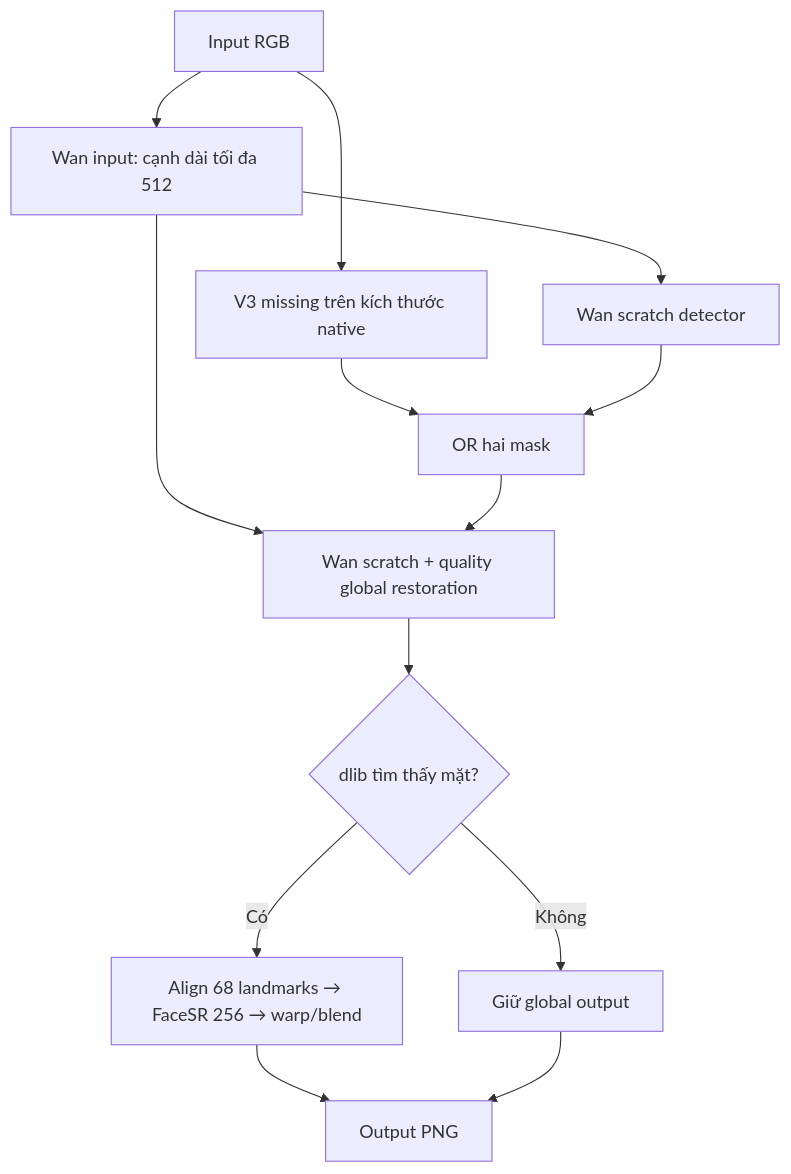
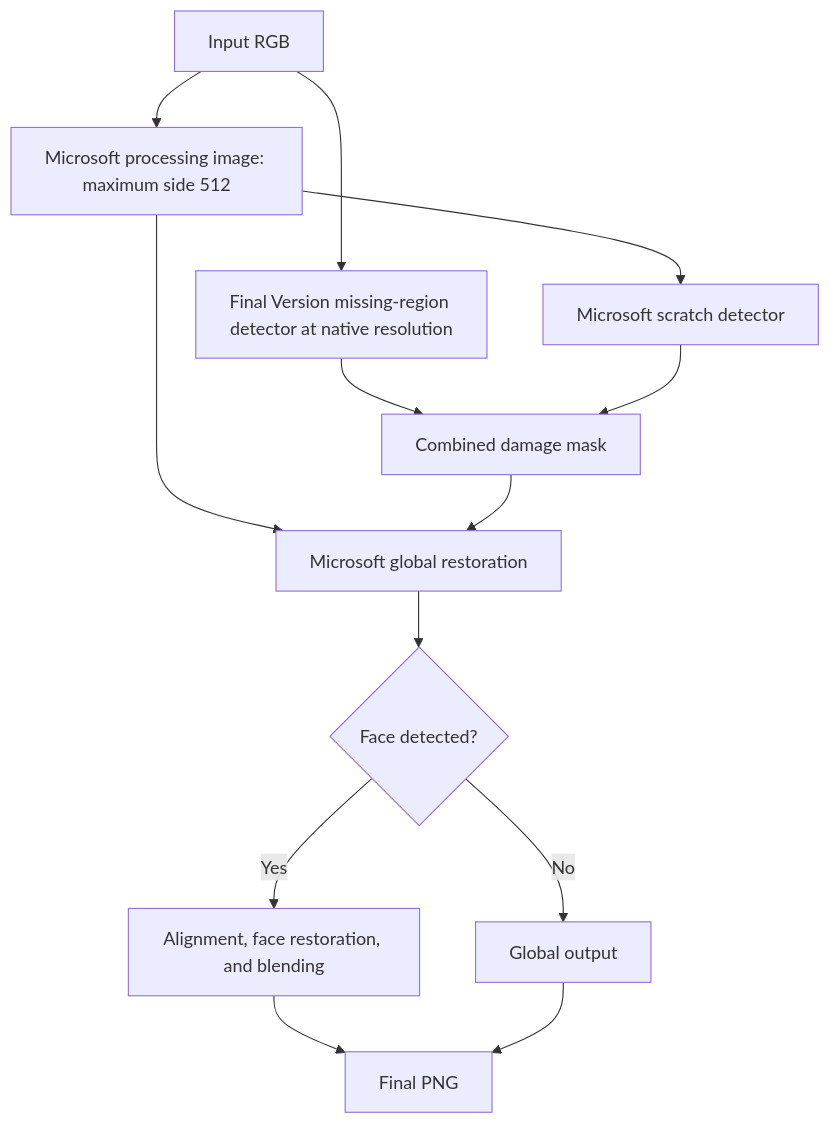
One commit to minhphi2508/DL2026_Group34_Project21 changed the diagram in README.md. Above: the diagram before and after it, drawn with Mermaid. The commit also changed other lines of this file and 74 other files, not shown here.

````diff
--- a/README.md
+++ b/README.md
@@ -69,15 +63,15 @@
 ```mermaid
 flowchart TD
-  A[Input RGB] --> B[Wan input: cạnh dài tối đa 512]
-  A --> C[V3 missing trên kích thước native]
-  B --> D[Wan scratch detector]
-  C --> E[OR hai mask]
+  A[Input RGB] --> B[Microsoft processing image: maximum side 512]
+  A --> C[Final Version missing-region detector at native resolution]
+  B --> D[Microsoft scratch detector]
+  C --> E[Combined damage mask]
   D --> E
-  B --> F[Wan scratch + quality global restoration]
+  B --> F[Microsoft global restoration]
   E --> F
-  F --> G{dlib tìm thấy mặt?}
-  G -->|Có| H[Align 68 landmarks → FaceSR 256 → warp/blend]
-  G -->|Không| I[Giữ global output]
-  H --> J[Output PNG]
+  F --> G{Face detected?}
+  G -->|Yes| H[Alignment, face restoration, and blending]
+  G -->|No| I[Global output]
+  H --> J[Final PNG]
   I --> J
 ```
````
